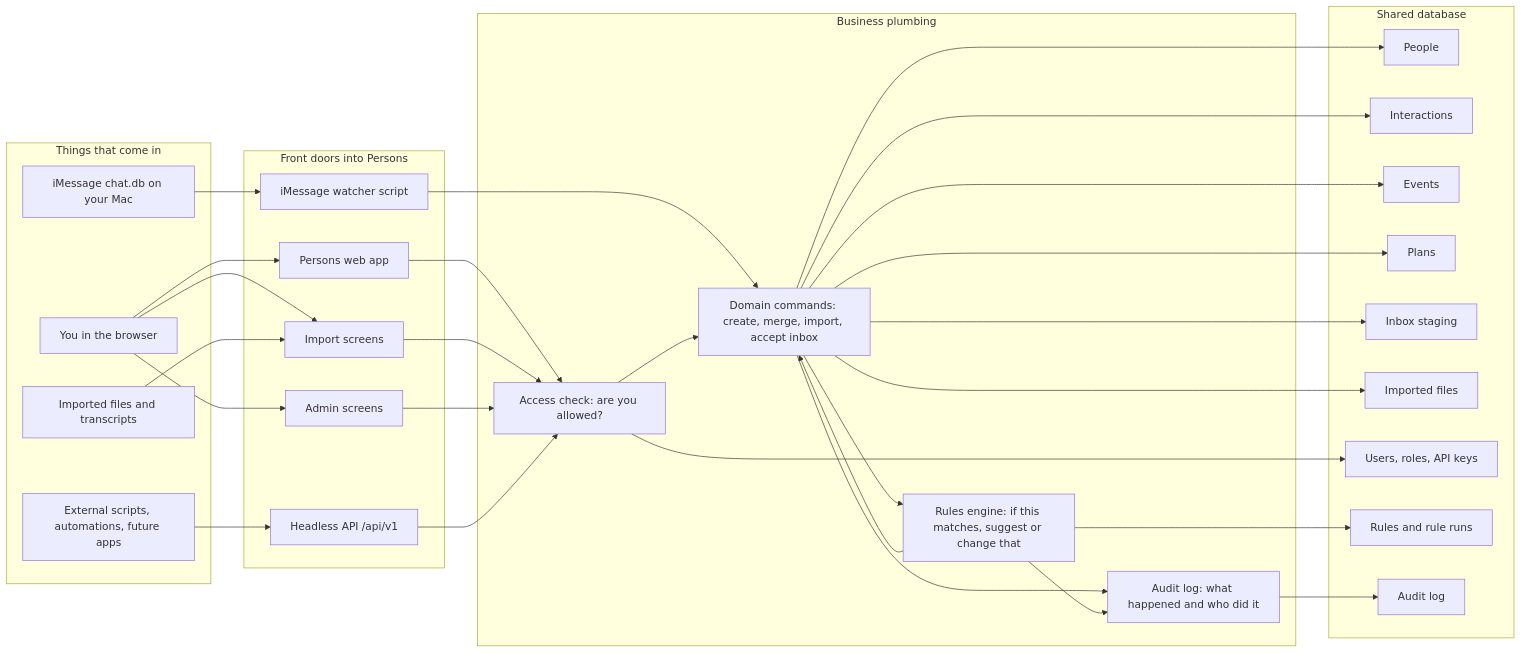
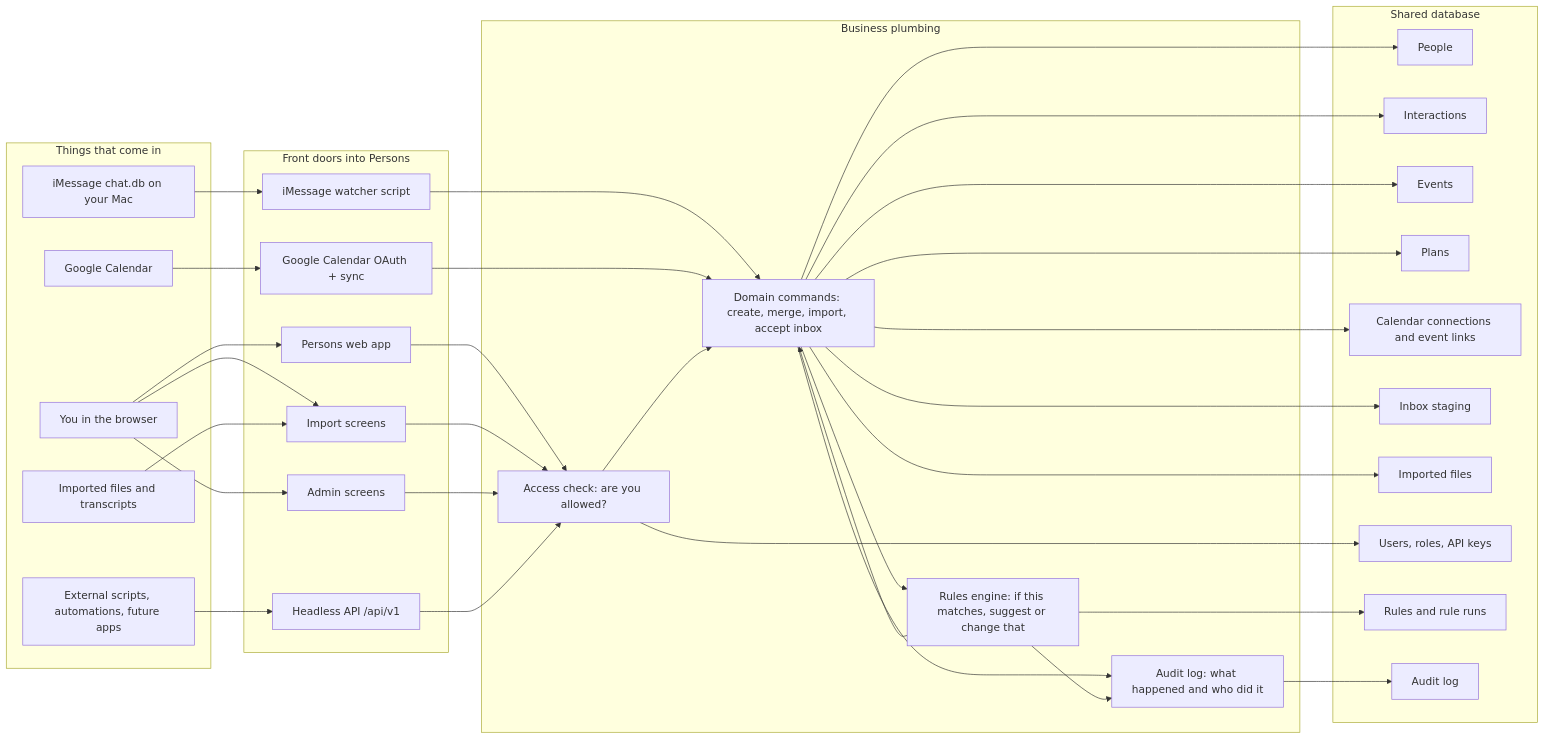
One commit to josephdfryer/life-os changed the first of 17 diagrams in docs/PERSONS_ARCHITECTURE.md. Above: the diagram before and after it, drawn with Mermaid. The commit also changed other lines of this file and 20 other files, not shown here.

Commit message:
feat: add google calendar sync foundation

````diff
--- a/docs/PERSONS_ARCHITECTURE.md
+++ b/docs/PERSONS_ARCHITECTURE.md
@@ -16,65 +16,71 @@
 ```mermaid
 flowchart LR
   subgraph Inputs["Things that come in"]
     Human["You in the browser"]
     IMessages["iMessage chat.db on your Mac"]
+    GoogleCalendar["Google Calendar"]
     Files["Imported files and transcripts"]
     ExternalTools["External scripts, automations, future apps"]
   end
 
   subgraph FrontDoors["Front doors into Persons"]
     UI["Persons web app"]
     ImportUI["Import screens"]
     AdminUI["Admin screens"]
     PublicAPI["Headless API /api/v1"]
     Watcher["iMessage watcher script"]
+    CalendarOAuth["Google Calendar OAuth + sync"]
   end
 
   subgraph Plumbing["Business plumbing"]
     Access["Access check: are you allowed?"]
     Commands["Domain commands: create, merge, import, accept inbox"]
     Rules["Rules engine: if this matches, suggest or change that"]
     Audit["Audit log: what happened and who did it"]
   end
 
   subgraph Memory["Shared database"]
     People["People"]
     Interactions["Interactions"]
     Events["Events"]
     Plans["Plans"]
+    CalendarDB["Calendar connections and event links"]
     Inbox["Inbox staging"]
     FilesDB["Imported files"]
     AccessDB["Users, roles, API keys"]
     RulesDB["Rules and rule runs"]
     AuditDB["Audit log"]
   end
 
   Human --> UI
   Human --> ImportUI
   Human --> AdminUI
   IMessages --> Watcher
+  GoogleCalendar --> CalendarOAuth
   Files --> ImportUI
   ExternalTools --> PublicAPI
 
   UI --> Access
   ImportUI --> Access
   AdminUI --> Access
   PublicAPI --> Access
   Watcher --> Commands
+  CalendarOAuth --> Commands
 
   Access --> Commands
   Commands --> Rules
   Rules --> Commands
   Commands --> Audit
   Rules --> Audit
 
   Commands --> People
   Commands --> Interactions
   Commands --> Events
   Commands --> Plans
+  Commands --> CalendarDB
   Commands --> Inbox
   Commands --> FilesDB
   Access --> AccessDB
   Rules --> RulesDB
   Audit --> AuditDB
 ```
````
